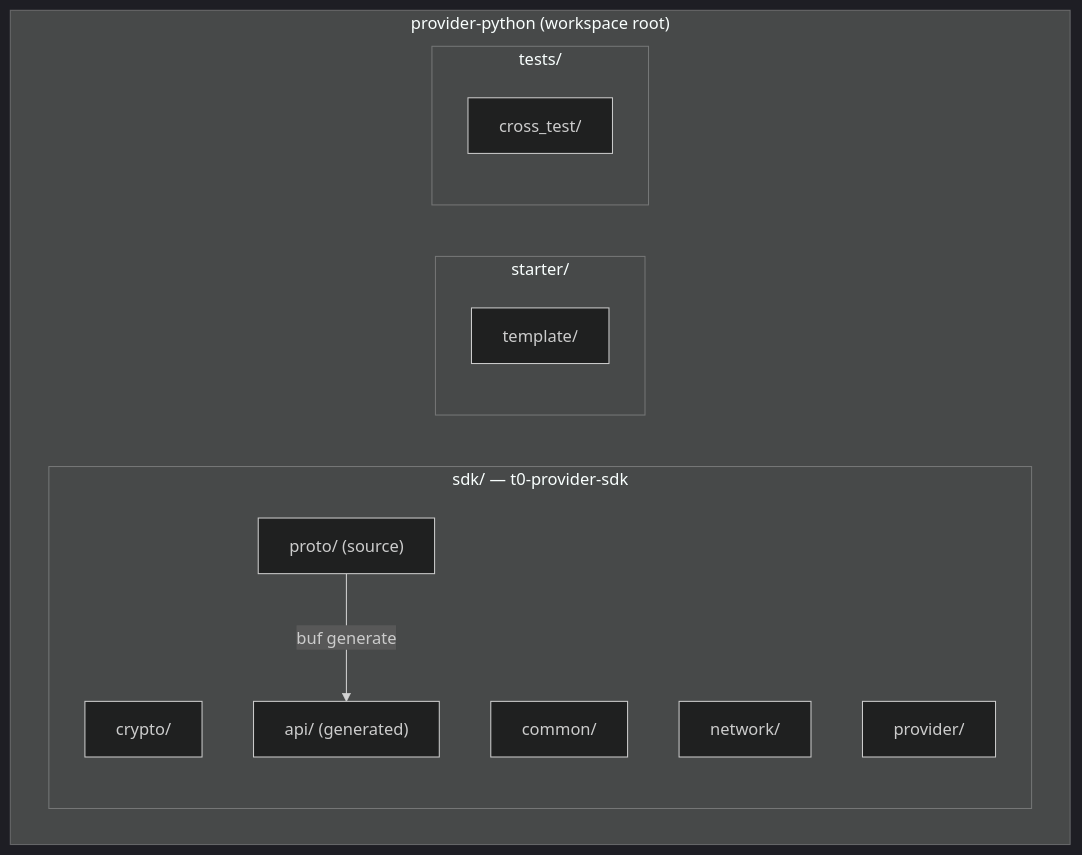
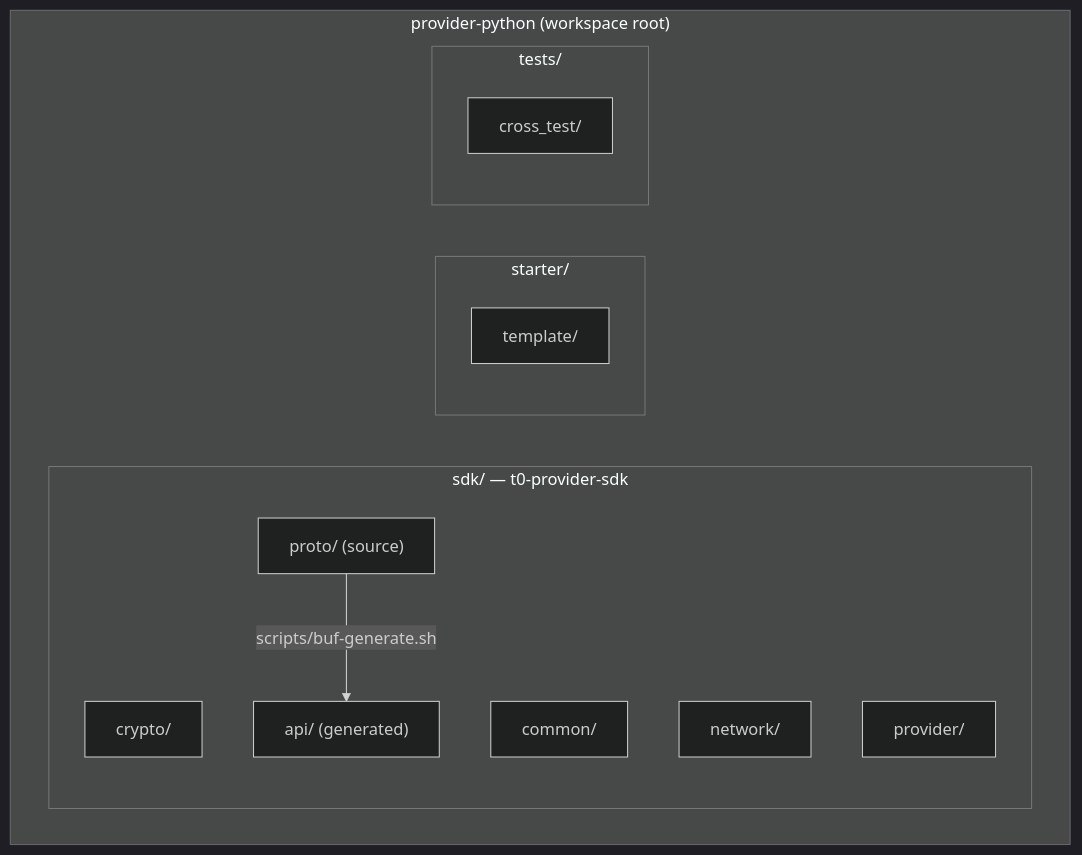
Before and after one commit to t-0-network/provider-sdk: the fifth of 9 diagrams in docs/python/ARCHITECTURE.md, drawn with Mermaid (dark theme). The commit also changed other lines of this file and 127 other files, not shown here.

````diff
--- a/docs/python/ARCHITECTURE.md
+++ b/docs/python/ARCHITECTURE.md
@@ -315,23 +315,23 @@
 ```mermaid
 graph TB
     subgraph "provider-python (workspace root)"
         subgraph "sdk/ — t0-provider-sdk"
             CRYPTO["crypto/"]
             COMMON["common/"]
             NETWORK["network/"]
             PROVIDER["provider/"]
             API["api/ (generated)"]
             PROTO["proto/ (source)"]
         end
 
         subgraph "starter/"
             TEMPLATE["template/"]
         end
 
         subgraph "tests/"
             CROSS["cross_test/"]
         end
     end
 
-    PROTO -->|"buf generate"| API
+    PROTO -->|"scripts/buf-generate.sh"| API
 ```
````
